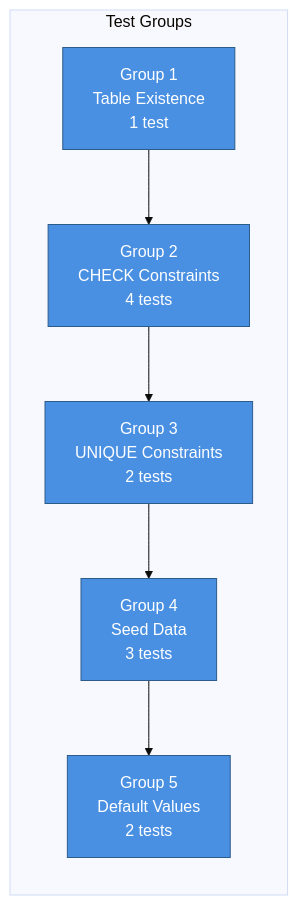
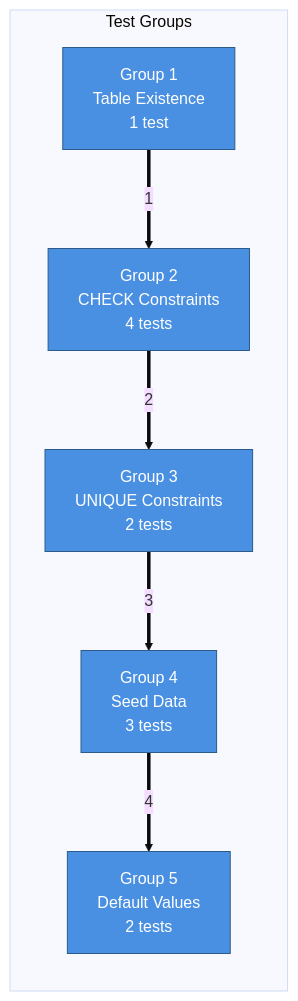
Before and after one commit to viiqswim/dozaldevs-ai-employee: the fifth of 6 diagrams in docs/2026-03-26-1511-phase1-foundation.md, drawn with Mermaid (base theme). The commit also changed other lines of this file, not shown here.

Commit message:
docs: update Phase 1 diagrams to Mermaid standards (numbered steps, flow tables, standard palette)

````diff
--- a/docs/2026-03-26-1511-phase1-foundation.md
+++ b/docs/2026-03-26-1511-phase1-foundation.md
@@ -313,14 +332,14 @@
 ```mermaid
 flowchart LR
     subgraph Test Groups
         G1["Group 1\nTable Existence\n1 test"]:::service
         G2["Group 2\nCHECK Constraints\n4 tests"]:::service
         G3["Group 3\nUNIQUE Constraints\n2 tests"]:::service
         G4["Group 4\nSeed Data\n3 tests"]:::service
         G5["Group 5\nDefault Values\n2 tests"]:::service
     end
 
-    G1 --> G2 --> G3 --> G4 --> G5
+    G1 ==>|"1"| G2 ==>|"2"| G3 ==>|"3"| G4 ==>|"4"| G5
 
     classDef service fill:#4A90E2,stroke:#2E5C8A,color:#fff
 ```
````
